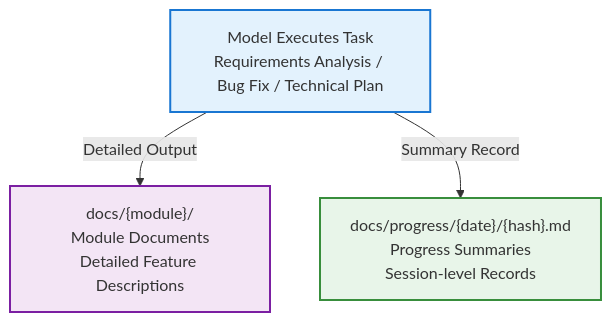
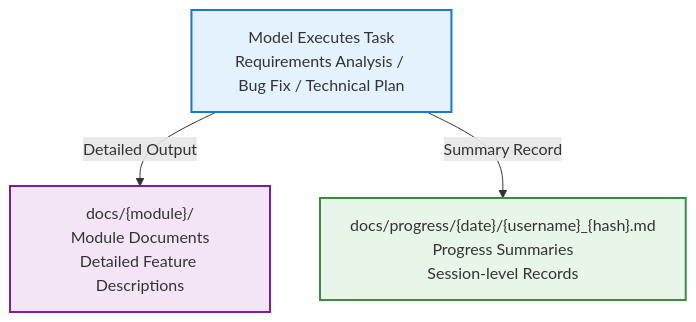
Before and after one commit to YuluoY/Ironweave: the diagram in skills-en/docs-output/SKILL.md, drawn with Mermaid. The commit also changed other lines of this file and 11 other files, not shown here.

````diff
--- a/skills-en/docs-output/SKILL.md
+++ b/skills-en/docs-output/SKILL.md
@@ -19,13 +19,13 @@
 ```mermaid
 graph TD
     TASK["Model Executes Task<br/>Requirements Analysis / Bug Fix / Technical Plan"]
     MODULES["docs/{module}/<br/>Module Documents<br/>Detailed Feature Descriptions"]
-    PROGRESS["docs/progress/{date}/{hash}.md<br/>Progress Summaries<br/>Session-level Records"]
+    PROGRESS["docs/progress/{date}/{username}_{hash}.md<br/>Progress Summaries<br/>Session-level Records"]
 
     TASK -->|"Detailed Output"| MODULES
     TASK -->|"Summary Record"| PROGRESS
 
     style TASK fill:#e3f2fd,stroke:#1976d2,stroke-width:2px
     style MODULES fill:#f3e5f5,stroke:#7b1fa2,stroke-width:2px
     style PROGRESS fill:#e8f5e9,stroke:#388e3c,stroke-width:2px
 ```
````
